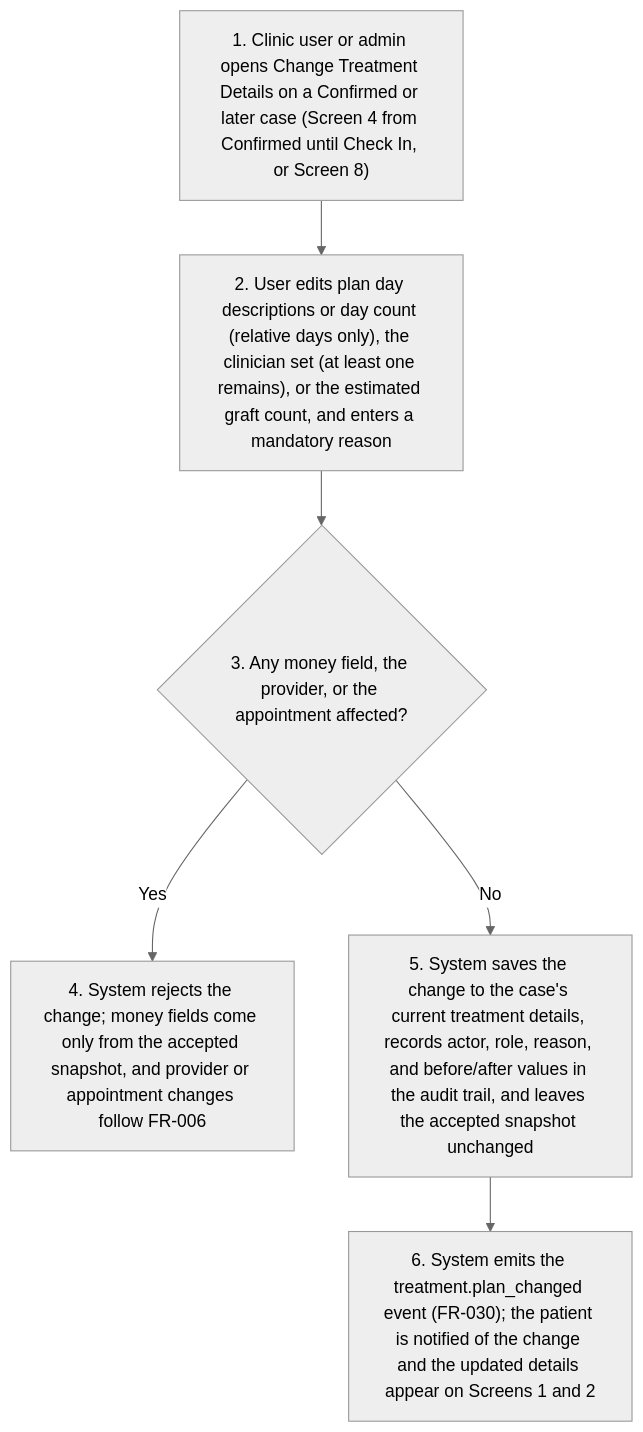
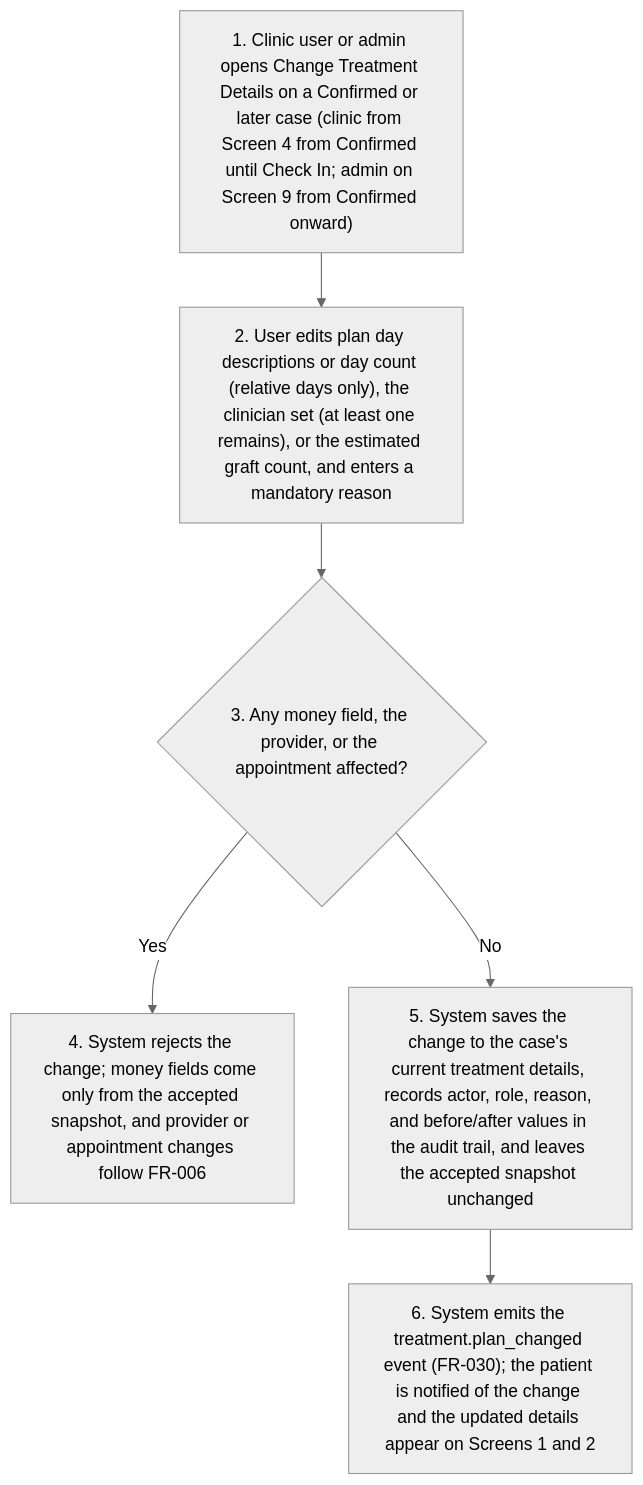
Before and after one commit to joachimtrungtuan/hairline-pm-docs: the third of 9 diagrams in project-requirements/functional-requirements/fr010-treatment-execution/prd.md, drawn with Mermaid (neutral theme). The commit also changed other lines of this file and 13 other files, not shown here.

First line of the commit message:
docs(booking): add admin intervention flows and screens across booking FRs

````diff
--- a/project-requirements/functional-requirements/fr010-treatment-execution/prd.md
+++ b/project-requirements/functional-requirements/fr010-treatment-execution/prd.md
@@ -155,9 +155,9 @@
 ```mermaid
 flowchart TD
-  A2S1["1. Clinic user or admin opens Change Treatment Details on a Confirmed or later case (Screen 4 from Confirmed until Check In, or Screen 8)"] --> A2S2
+  A2S1["1. Clinic user or admin opens Change Treatment Details on a Confirmed or later case (clinic from Screen 4 from Confirmed until Check In; admin on Screen 9 from Confirmed onward)"] --> A2S2
   A2S2["2. User edits plan day descriptions or day count (relative days only), the clinician set (at least one remains), or the estimated graft count, and enters a mandatory reason"] --> A2S3
   A2S3{"3. Any money field, the provider, or the appointment affected?"}
   A2S3 -- Yes --> A2S4["4. System rejects the change; money fields come only from the accepted snapshot, and provider or appointment changes follow FR-006"]
   A2S3 -- No --> A2S5["5. System saves the change to the case's current treatment details, records actor, role, reason, and before/after values in the audit trail, and leaves the accepted snapshot unchanged"]
   A2S5 --> A2S6["6. System emits the treatment.plan_changed event (FR-030); the patient is notified of the change and the updated details appear on Screens 1 and 2"]
 ```
````
